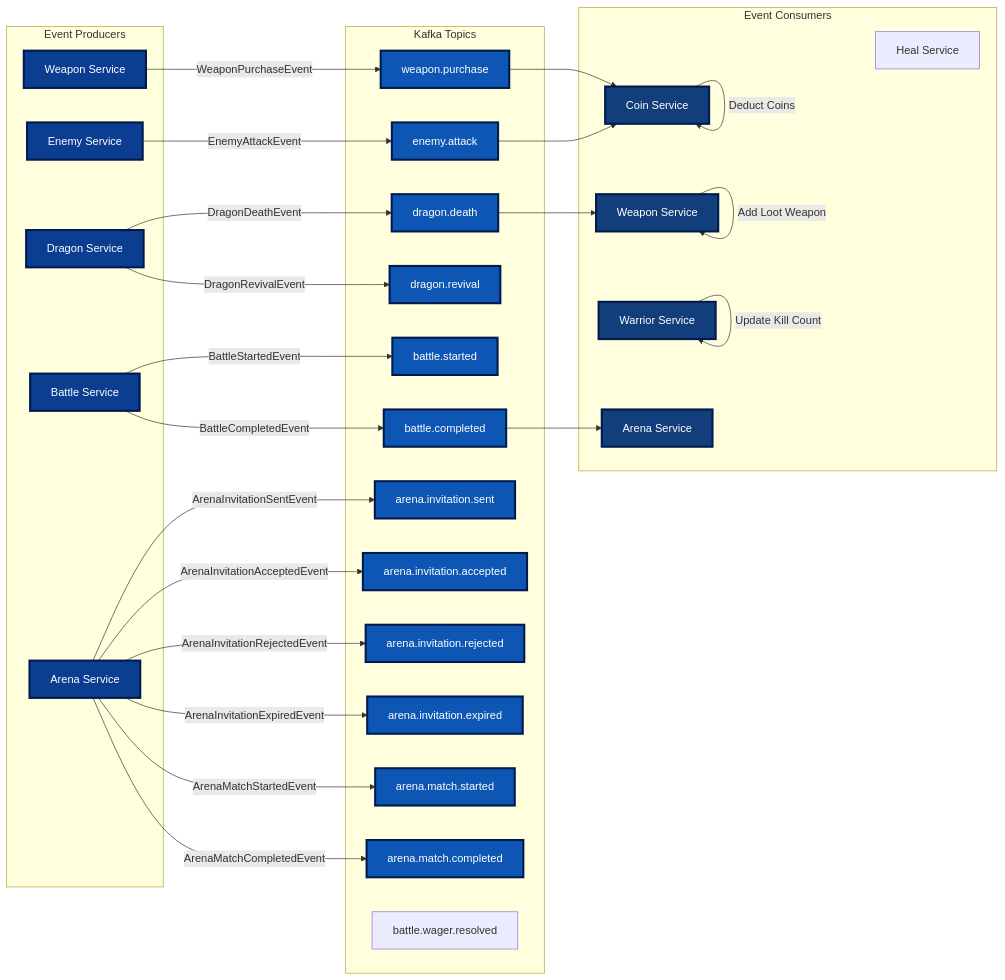
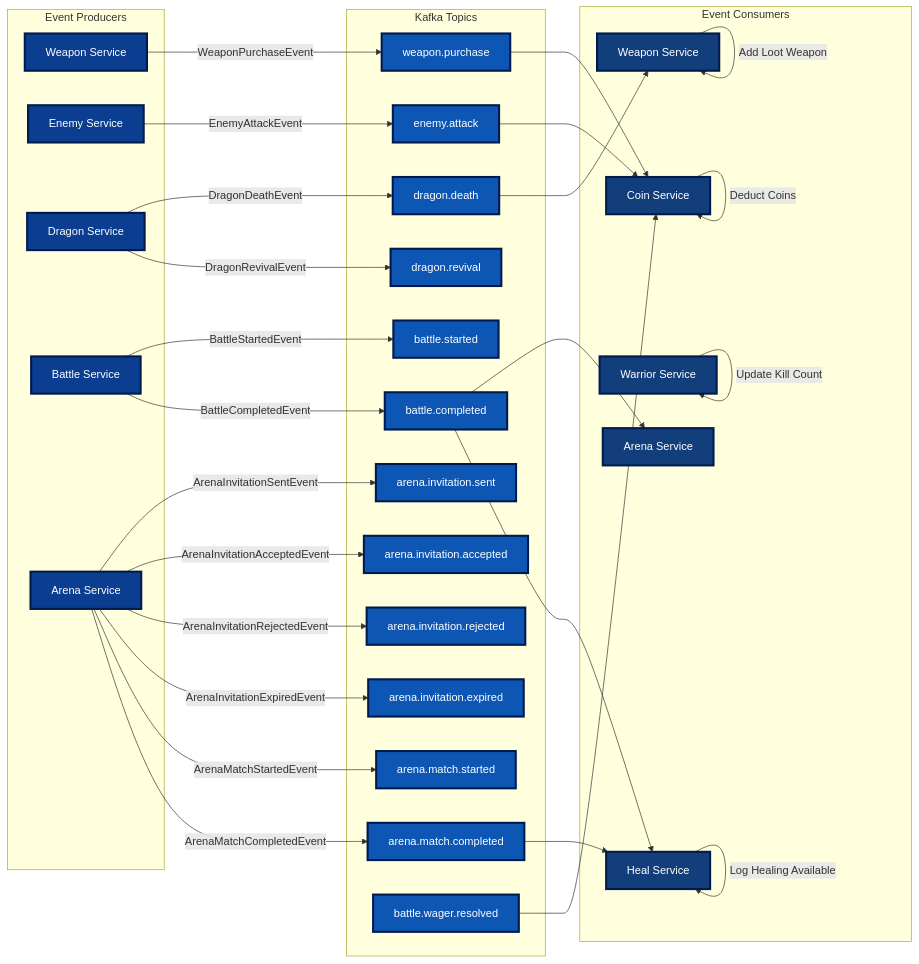
The fifth of 29 diagrams in README.md (tiraten-bot/network-sec-micro), drawn with Mermaid before and after one commit.

Commit message:
Update README.md to reflect new connections for healing and additional event types in workflow diagrams

````diff
--- a/README.md
+++ b/README.md
@@ -315,10 +315,14 @@
     T2 --> C
     T3 --> WP2
     T6 --> A2
+    T6 --> H
+    T12 --> H
+    T13 --> C
     
     C -->|Deduct Coins| C
     WP2 -->|Add Loot Weapon| WP2
     W -->|Update Kill Count| W
+    H -->|Log Healing Available| H
     
     style WP fill:#0b3d91,stroke:#001a4d,stroke-width:3px,color:#ffffff
     style E fill:#0b3d91,stroke:#001a4d,stroke-width:3px,color:#ffffff
@@ -341,4 +345,6 @@
     style WP2 fill:#133e7c,stroke:#001a4d,stroke-width:3px,color:#ffffff
     style W fill:#133e7c,stroke:#001a4d,stroke-width:3px,color:#ffffff
     style A2 fill:#133e7c,stroke:#001a4d,stroke-width:3px,color:#ffffff
+    style H fill:#133e7c,stroke:#001a4d,stroke-width:3px,color:#ffffff
+    style T13 fill:#0d56b3,stroke:#001a4d,stroke-width:3px,color:#ffffff
 ```
````
